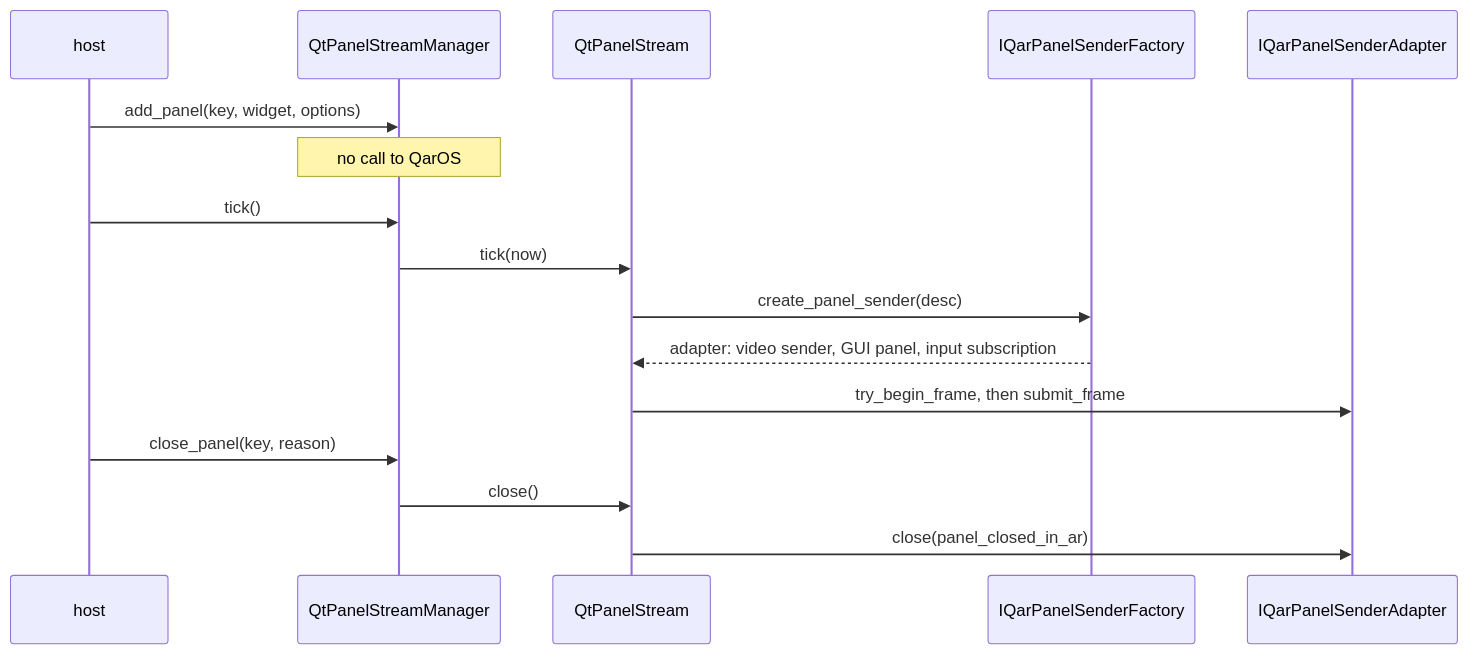
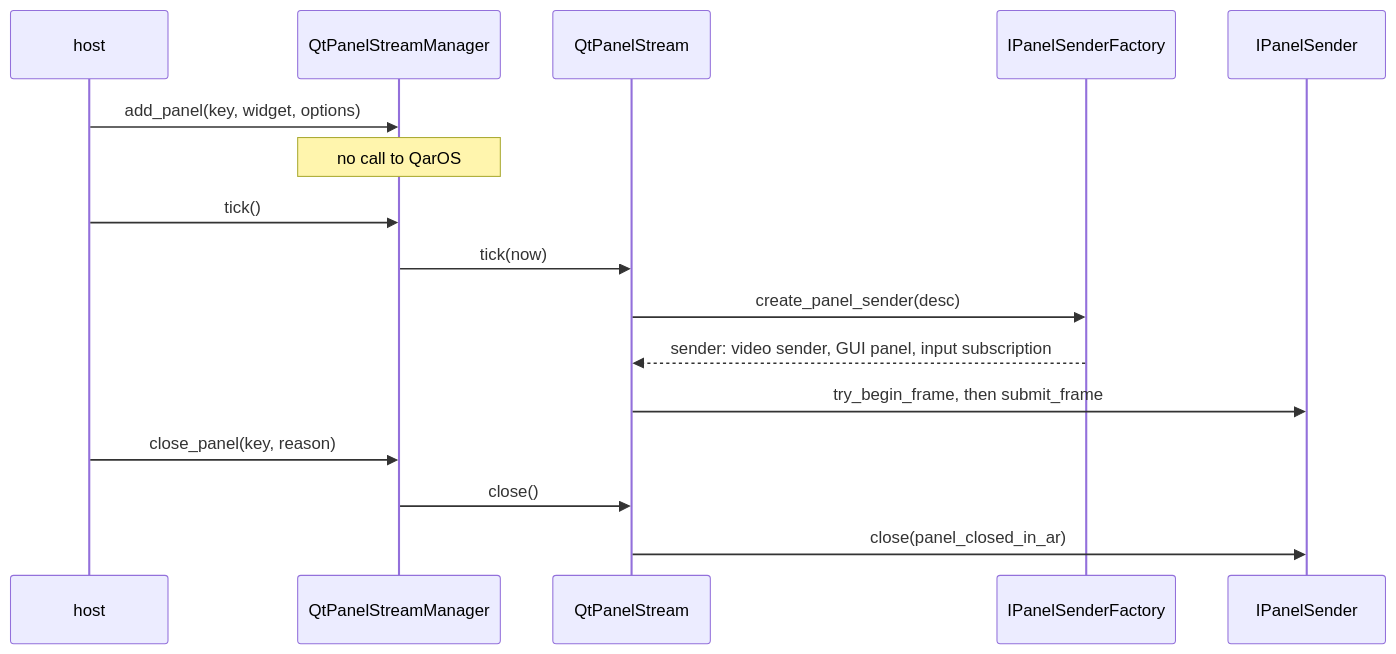
The second of 4 diagrams in docs/ARCHITECTURE.md (Quaternar/qaros-qt), drawn with Mermaid before and after one commit. The commit also changed other lines of this file and 20 other files, not shown here.

````diff
--- a/docs/ARCHITECTURE.md
+++ b/docs/ARCHITECTURE.md
@@ -93,18 +95,18 @@
 ```mermaid
 sequenceDiagram
   participant H as host
   participant M as QtPanelStreamManager
   participant S as QtPanelStream
-  participant F as IQarPanelSenderFactory
-  participant A as IQarPanelSenderAdapter
+  participant F as IPanelSenderFactory
+  participant A as IPanelSender
   H->>M: add_panel(key, widget, options)
   Note over M: no call to QarOS
   H->>M: tick()
   M->>S: tick(now)
   S->>F: create_panel_sender(desc)
-  F-->>S: adapter: video sender, GUI panel, input subscription
+  F-->>S: sender: video sender, GUI panel, input subscription
   S->>A: try_begin_frame, then submit_frame
   H->>M: close_panel(key, reason)
   M->>S: close()
   S->>A: close(panel_closed_in_ar)
 ```
````
